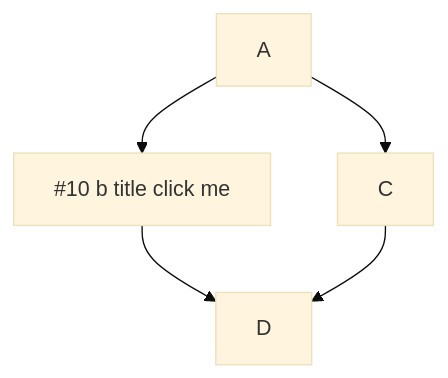
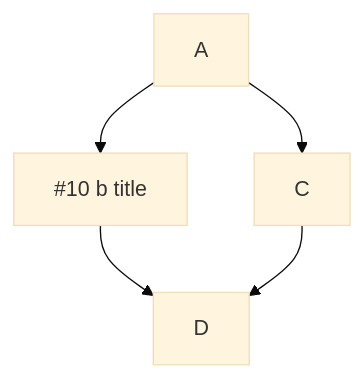
The first of 5 diagrams in README-template.md (sdzialowski-godaddy/mermaid), drawn with Mermaid (base theme) before and after one commit. The commit also changed 1 other file, not shown here.

Commit message:
clikc me

````diff
--- a/README-template.md
+++ b/README-template.md
@@ -27,7 +27,7 @@
 ```mermaid
   graph TD;
-      A-->B[#10 b title click me];
+      A-->B[#10 b title];
       A-->C;
       B-->D;
       C-->D;
 ```
````
